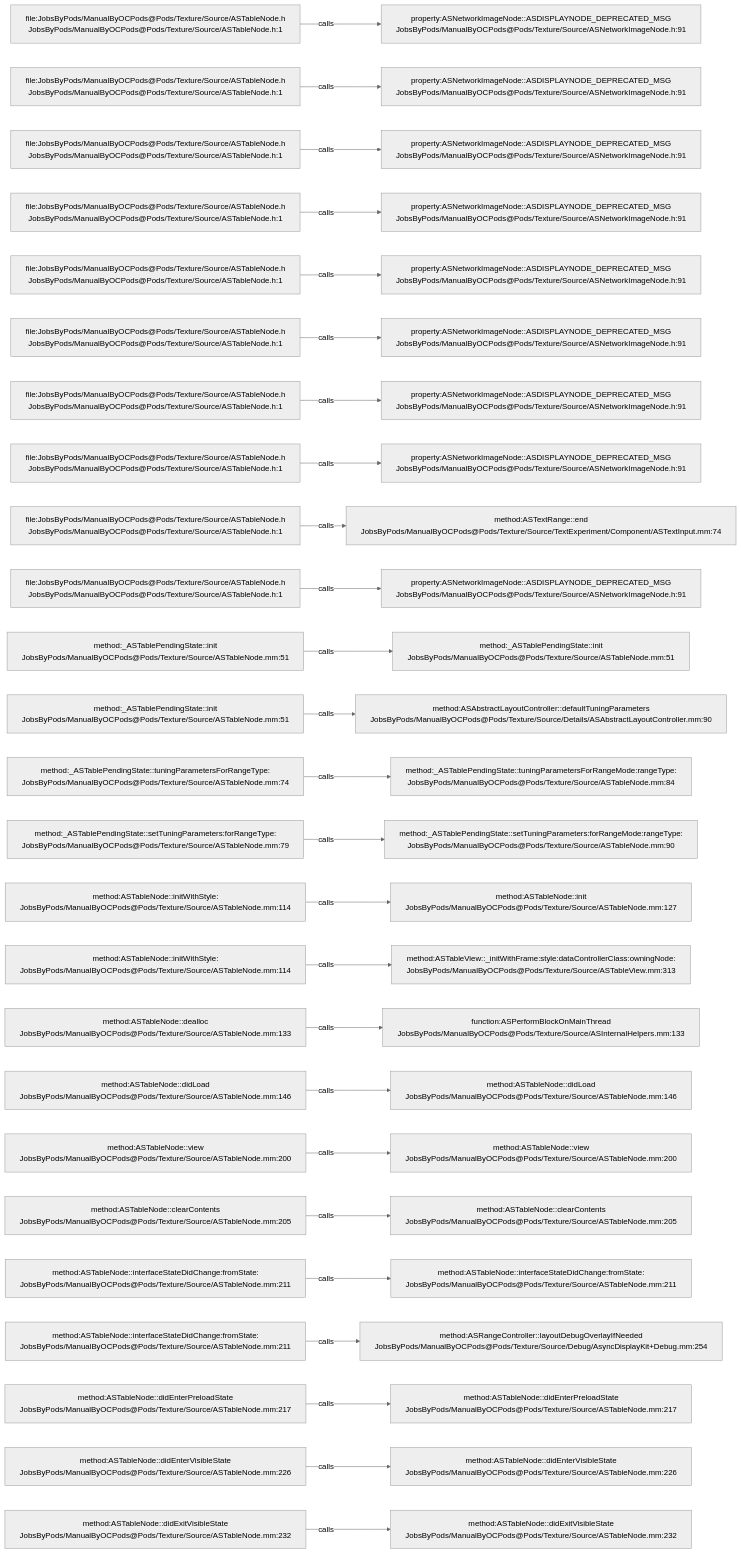
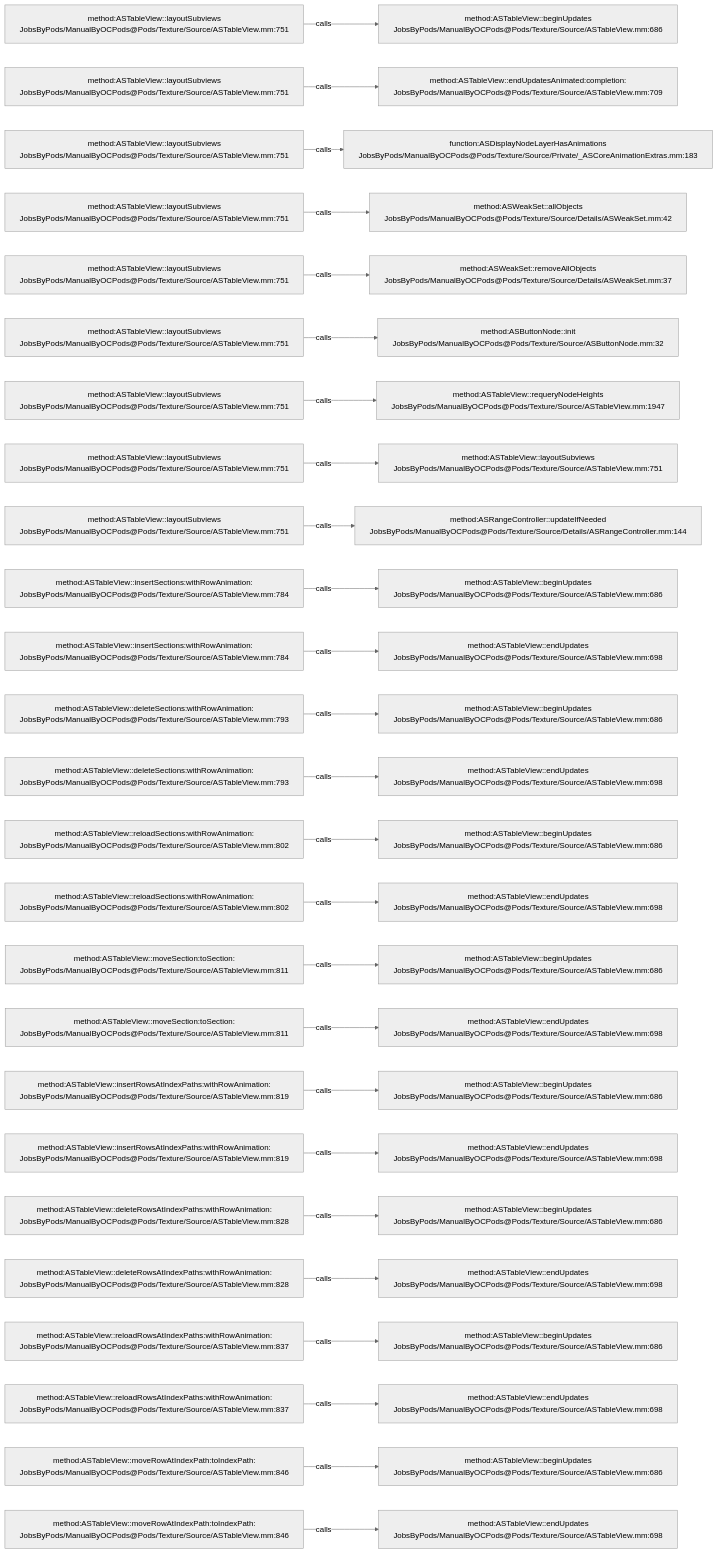
The diagram in .codegraph/codegraph.md/graphs/calls-120.md (JobsKits/JobsOCBaseConfigDemo), drawn with Mermaid (neutral theme) before and after one commit. The commit also changed 1448 other files, not shown here.

````diff
--- a/.codegraph/codegraph.md/graphs/calls-120.md
+++ b/.codegraph/codegraph.md/graphs/calls-120.md
@@ -13,78 +13,78 @@
 ```mermaid
 flowchart LR
-  S1["file:JobsByPods/ManualByOCPods@Pods/Texture/Source/ASTableNode.h<br/>JobsByPods/ManualByOCPods@Pods/Texture/Source/ASTableNode.h:1"]
-  T1["property:ASNetworkImageNode::ASDISPLAYNODE_DEPRECATED_MSG<br/>JobsByPods/ManualByOCPods@Pods/Texture/Source/ASNetworkImageNode.h:91"]
+  S1["method:ASTableView::layoutSubviews<br/>JobsByPods/ManualByOCPods@Pods/Texture/Source/ASTableView.mm:751"]
+  T1["method:ASTableView::beginUpdates<br/>JobsByPods/ManualByOCPods@Pods/Texture/Source/ASTableView.mm:686"]
   S1 -->|calls| T1
-  S2["file:JobsByPods/ManualByOCPods@Pods/Texture/Source/ASTableNode.h<br/>JobsByPods/ManualByOCPods@Pods/Texture/Source/ASTableNode.h:1"]
-  T2["property:ASNetworkImageNode::ASDISPLAYNODE_DEPRECATED_MSG<br/>JobsByPods/ManualByOCPods@Pods/Texture/Source/ASNetworkImageNode.h:91"]
+  S2["method:ASTableView::layoutSubviews<br/>JobsByPods/ManualByOCPods@Pods/Texture/Source/ASTableView.mm:751"]
+  T2["method:ASTableView::endUpdatesAnimated:completion:<br/>JobsByPods/ManualByOCPods@Pods/Texture/Source/ASTableView.mm:709"]
   S2 -->|calls| T2
-  S3["file:JobsByPods/ManualByOCPods@Pods/Texture/Source/ASTableNode.h<br/>JobsByPods/ManualByOCPods@Pods/Texture/Source/ASTableNode.h:1"]
-  T3["property:ASNetworkImageNode::ASDISPLAYNODE_DEPRECATED_MSG<br/>JobsByPods/ManualByOCPods@Pods/Texture/Source/ASNetworkImageNode.h:91"]
+  S3["method:ASTableView::layoutSubviews<br/>JobsByPods/ManualByOCPods@Pods/Texture/Source/ASTableView.mm:751"]
+  T3["function:ASDisplayNodeLayerHasAnimations<br/>JobsByPods/ManualByOCPods@Pods/Texture/Source/Private/_ASCoreAnimationExtras.mm:183"]
   S3 -->|calls| T3
-  S4["file:JobsByPods/ManualByOCPods@Pods/Texture/Source/ASTableNode.h<br/>JobsByPods/ManualByOCPods@Pods/Texture/Source/ASTableNode.h:1"]
-  T4["property:ASNetworkImageNode::ASDISPLAYNODE_DEPRECATED_MSG<br/>JobsByPods/ManualByOCPods@Pods/Texture/Source/ASNetworkImageNode.h:91"]
+  S4["method:ASTableView::layoutSubviews<br/>JobsByPods/ManualByOCPods@Pods/Texture/Source/ASTableView.mm:751"]
+  T4["method:ASWeakSet::allObjects<br/>JobsByPods/ManualByOCPods@Pods/Texture/Source/Details/ASWeakSet.mm:42"]
   S4 -->|calls| T4
-  S5["file:JobsByPods/ManualByOCPods@Pods/Texture/Source/ASTableNode.h<br/>JobsByPods/ManualByOCPods@Pods/Texture/Source/ASTableNode.h:1"]
-  T5["property:ASNetworkImageNode::ASDISPLAYNODE_DEPRECATED_MSG<br/>JobsByPods/ManualByOCPods@Pods/Texture/Source/ASNetworkImageNode.h:91"]
+  S5["method:ASTableView::layoutSubviews<br/>JobsByPods/ManualByOCPods@Pods/Texture/Source/ASTableView.mm:751"]
+  T5["method:ASWeakSet::removeAllObjects<br/>JobsByPods/ManualByOCPods@Pods/Texture/Source/Details/ASWeakSet.mm:37"]
   S5 -->|calls| T5
-  S6["file:JobsByPods/ManualByOCPods@Pods/Texture/Source/ASTableNode.h<br/>JobsByPods/ManualByOCPods@Pods/Texture/Source/ASTableNode.h:1"]
-  T6["property:ASNetworkImageNode::ASDISPLAYNODE_DEPRECATED_MSG<br/>JobsByPods/ManualByOCPods@Pods/Texture/Source/ASNetworkImageNode.h:91"]
+  S6["method:ASTableView::layoutSubviews<br/>JobsByPods/ManualByOCPods@Pods/Texture/Source/ASTableView.mm:751"]
+  T6["method:ASButtonNode::init<br/>JobsByPods/ManualByOCPods@Pods/Texture/Source/ASButtonNode.mm:32"]
   S6 -->|calls| T6
-  S7["file:JobsByPods/ManualByOCPods@Pods/Texture/Source/ASTableNode.h<br/>JobsByPods/ManualByOCPods@Pods/Texture/Source/ASTableNode.h:1"]
-  T7["property:ASNetworkImageNode::ASDISPLAYNODE_DEPRECATED_MSG<br/>JobsByPods/ManualByOCPods@Pods/Texture/Source/ASNetworkImageNode.h:91"]
+  S7["method:ASTableView::layoutSubviews<br/>JobsByPods/ManualByOCPods@Pods/Texture/Source/ASTableView.mm:751"]
+  T7["method:ASTableView::requeryNodeHeights<br/>JobsByPods/ManualByOCPods@Pods/Texture/Source/ASTableView.mm:1947"]
   S7 -->|calls| T7
-  S8["file:JobsByPods/ManualByOCPods@Pods/Texture/Source/ASTableNode.h<br/>JobsByPods/ManualByOCPods@Pods/Texture/Source/ASTableNode.h:1"]
-  T8["property:ASNetworkImageNode::ASDISPLAYNODE_DEPRECATED_MSG<br/>JobsByPods/ManualByOCPods@Pods/Texture/Source/ASNetworkImageNode.h:91"]
+  S8["method:ASTableView::layoutSubviews<br/>JobsByPods/ManualByOCPods@Pods/Texture/Source/ASTableView.mm:751"]
+  T8["method:ASTableView::layoutSubviews<br/>JobsByPods/ManualByOCPods@Pods/Texture/Source/ASTableView.mm:751"]
   S8 -->|calls| T8
-  S9["file:JobsByPods/ManualByOCPods@Pods/Texture/Source/ASTableNode.h<br/>JobsByPods/ManualByOCPods@Pods/Texture/Source/ASTableNode.h:1"]
-  T9["method:ASTextRange::end<br/>JobsByPods/ManualByOCPods@Pods/Texture/Source/TextExperiment/Component/ASTextInput.mm:74"]
+  S9["method:ASTableView::layoutSubviews<br/>JobsByPods/ManualByOCPods@Pods/Texture/Source/ASTableView.mm:751"]
+  T9["method:ASRangeController::updateIfNeeded<br/>JobsByPods/ManualByOCPods@Pods/Texture/Source/Details/ASRangeController.mm:144"]
   S9 -->|calls| T9
-  S10["file:JobsByPods/ManualByOCPods@Pods/Texture/Source/ASTableNode.h<br/>JobsByPods/ManualByOCPods@Pods/Texture/Source/ASTableNode.h:1"]
-  T10["property:ASNetworkImageNode::ASDISPLAYNODE_DEPRECATED_MSG<br/>JobsByPods/ManualByOCPods@Pods/Texture/Source/ASNetworkImageNode.h:91"]
+  S10["method:ASTableView::insertSections:withRowAnimation:<br/>JobsByPods/ManualByOCPods@Pods/Texture/Source/ASTableView.mm:784"]
+  T10["method:ASTableView::beginUpdates<br/>JobsByPods/ManualByOCPods@Pods/Texture/Source/ASTableView.mm:686"]
   S10 -->|calls| T10
-  S11["method:_ASTablePendingState::init<br/>JobsByPods/ManualByOCPods@Pods/Texture/Source/ASTableNode.mm:51"]
-  T11["method:_ASTablePendingState::init<br/>JobsByPods/ManualByOCPods@Pods/Texture/Source/ASTableNode.mm:51"]
+  S11["method:ASTableView::insertSections:withRowAnimation:<br/>JobsByPods/ManualByOCPods@Pods/Texture/Source/ASTableView.mm:784"]
+  T11["method:ASTableView::endUpdates<br/>JobsByPods/ManualByOCPods@Pods/Texture/Source/ASTableView.mm:698"]
   S11 -->|calls| T11
-  S12["method:_ASTablePendingState::init<br/>JobsByPods/ManualByOCPods@Pods/Texture/Source/ASTableNode.mm:51"]
-  T12["method:ASAbstractLayoutController::defaultTuningParameters<br/>JobsByPods/ManualByOCPods@Pods/Texture/Source/Details/ASAbstractLayoutController.mm:90"]
+  S12["method:ASTableView::deleteSections:withRowAnimation:<br/>JobsByPods/ManualByOCPods@Pods/Texture/Source/ASTableView.mm:793"]
+  T12["method:ASTableView::beginUpdates<br/>JobsByPods/ManualByOCPods@Pods/Texture/Source/ASTableView.mm:686"]
   S12 -->|calls| T12
-  S13["method:_ASTablePendingState::tuningParametersForRangeType:<br/>JobsByPods/ManualByOCPods@Pods/Texture/Source/ASTableNode.mm:74"]
-  T13["method:_ASTablePendingState::tuningParametersForRangeMode:rangeType:<br/>JobsByPods/ManualByOCPods@Pods/Texture/Source/ASTableNode.mm:84"]
+  S13["method:ASTableView::deleteSections:withRowAnimation:<br/>JobsByPods/ManualByOCPods@Pods/Texture/Source/ASTableView.mm:793"]
+  T13["method:ASTableView::endUpdates<br/>JobsByPods/ManualByOCPods@Pods/Texture/Source/ASTableView.mm:698"]
   S13 -->|calls| T13
-  S14["method:_ASTablePendingState::setTuningParameters:forRangeType:<br/>JobsByPods/ManualByOCPods@Pods/Texture/Source/ASTableNode.mm:79"]
-  T14["method:_ASTablePendingState::setTuningParameters:forRangeMode:rangeType:<br/>JobsByPods/ManualByOCPods@Pods/Texture/Source/ASTableNode.mm:90"]
+  S14["method:ASTableView::reloadSections:withRowAnimation:<br/>JobsByPods/ManualByOCPods@Pods/Texture/Source/ASTableView.mm:802"]
+  T14["method:ASTableView::beginUpdates<br/>JobsByPods/ManualByOCPods@Pods/Texture/Source/ASTableView.mm:686"]
   S14 -->|calls| T14
-  S15["method:ASTableNode::initWithStyle:<br/>JobsByPods/ManualByOCPods@Pods/Texture/Source/ASTableNode.mm:114"]
-  T15["method:ASTableNode::init<br/>JobsByPods/ManualByOCPods@Pods/Texture/Source/ASTableNode.mm:127"]
+  S15["method:ASTableView::reloadSections:withRowAnimation:<br/>JobsByPods/ManualByOCPods@Pods/Texture/Source/ASTableView.mm:802"]
+  T15["method:ASTableView::endUpdates<br/>JobsByPods/ManualByOCPods@Pods/Texture/Source/ASTableView.mm:698"]
   S15 -->|calls| T15
-  S16["method:ASTableNode::initWithStyle:<br/>JobsByPods/ManualByOCPods@Pods/Texture/Source/ASTableNode.mm:114"]
-  T16["method:ASTableView::_initWithFrame:style:dataControllerClass:owningNode:<br/>JobsByPods/ManualByOCPods@Pods/Texture/Source/ASTableView.mm:313"]
+  S16["method:ASTableView::moveSection:toSection:<br/>JobsByPods/ManualByOCPods@Pods/Texture/Source/ASTableView.mm:811"]
+  T16["method:ASTableView::beginUpdates<br/>JobsByPods/ManualByOCPods@Pods/Texture/Source/ASTableView.mm:686"]
   S16 -->|calls| T16
-  S17["method:ASTableNode::dealloc<br/>JobsByPods/ManualByOCPods@Pods/Texture/Source/ASTableNode.mm:133"]
-  T17["function:ASPerformBlockOnMainThread<br/>JobsByPods/ManualByOCPods@Pods/Texture/Source/ASInternalHelpers.mm:133"]
+  S17["method:ASTableView::moveSection:toSection:<br/>JobsByPods/ManualByOCPods@Pods/Texture/Source/ASTableView.mm:811"]
+  T17["method:ASTableView::endUpdates<br/>JobsByPods/ManualByOCPods@Pods/Texture/Source/ASTableView.mm:698"]
   S17 -->|calls| T17
-  S18["method:ASTableNode::didLoad<br/>JobsByPods/ManualByOCPods@Pods/Texture/Source/ASTableNode.mm:146"]
-  T18["method:ASTableNode::didLoad<br/>JobsByPods/ManualByOCPods@Pods/Texture/Source/ASTableNode.mm:146"]
+  S18["method:ASTableView::insertRowsAtIndexPaths:withRowAnimation:<br/>JobsByPods/ManualByOCPods@Pods/Texture/Source/ASTableView.mm:819"]
+  T18["method:ASTableView::beginUpdates<br/>JobsByPods/ManualByOCPods@Pods/Texture/Source/ASTableView.mm:686"]
   S18 -->|calls| T18
-  S19["method:ASTableNode::view<br/>JobsByPods/ManualByOCPods@Pods/Texture/Source/ASTableNode.mm:200"]
-  T19["method:ASTableNode::view<br/>JobsByPods/ManualByOCPods@Pods/Texture/Source/ASTableNode.mm:200"]
+  S19["method:ASTableView::insertRowsAtIndexPaths:withRowAnimation:<br/>JobsByPods/ManualByOCPods@Pods/Texture/Source/ASTableView.mm:819"]
+  T19["method:ASTableView::endUpdates<br/>JobsByPods/ManualByOCPods@Pods/Texture/Source/ASTableView.mm:698"]
   S19 -->|calls| T19
-  S20["method:ASTableNode::clearContents<br/>JobsByPods/ManualByOCPods@Pods/Texture/Source/ASTableNode.mm:205"]
-  T20["method:ASTableNode::clearContents<br/>JobsByPods/ManualByOCPods@Pods/Texture/Source/ASTableNode.mm:205"]
+  S20["method:ASTableView::deleteRowsAtIndexPaths:withRowAnimation:<br/>JobsByPods/ManualByOCPods@Pods/Texture/Source/ASTableView.mm:828"]
+  T20["method:ASTableView::beginUpdates<br/>JobsByPods/ManualByOCPods@Pods/Texture/Source/ASTableView.mm:686"]
   S20 -->|calls| T20
-  S21["method:ASTableNode::interfaceStateDidChange:fromState:<br/>JobsByPods/ManualByOCPods@Pods/Texture/Source/ASTableNode.mm:211"]
-  T21["method:ASTableNode::interfaceStateDidChange:fromState:<br/>JobsByPods/ManualByOCPods@Pods/Texture/Source/ASTableNode.mm:211"]
+  S21["method:ASTableView::deleteRowsAtIndexPaths:withRowAnimation:<br/>JobsByPods/ManualByOCPods@Pods/Texture/Source/ASTableView.mm:828"]
+  T21["method:ASTableView::endUpdates<br/>JobsByPods/ManualByOCPods@Pods/Texture/Source/ASTableView.mm:698"]
   S21 -->|calls| T21
-  S22["method:ASTableNode::interfaceStateDidChange:fromState:<br/>JobsByPods/ManualByOCPods@Pods/Texture/Source/ASTableNode.mm:211"]
-  T22["method:ASRangeController::layoutDebugOverlayIfNeeded<br/>JobsByPods/ManualByOCPods@Pods/Texture/Source/Debug/AsyncDisplayKit+Debug.mm:254"]
+  S22["method:ASTableView::reloadRowsAtIndexPaths:withRowAnimation:<br/>JobsByPods/ManualByOCPods@Pods/Texture/Source/ASTableView.mm:837"]
+  T22["method:ASTableView::beginUpdates<br/>JobsByPods/ManualByOCPods@Pods/Texture/Source/ASTableView.mm:686"]
   S22 -->|calls| T22
-  S23["method:ASTableNode::didEnterPreloadState<br/>JobsByPods/ManualByOCPods@Pods/Texture/Source/ASTableNode.mm:217"]
-  T23["method:ASTableNode::didEnterPreloadState<br/>JobsByPods/ManualByOCPods@Pods/Texture/Source/ASTableNode.mm:217"]
+  S23["method:ASTableView::reloadRowsAtIndexPaths:withRowAnimation:<br/>JobsByPods/ManualByOCPods@Pods/Texture/Source/ASTableView.mm:837"]
+  T23["method:ASTableView::endUpdates<br/>JobsByPods/ManualByOCPods@Pods/Texture/Source/ASTableView.mm:698"]
   S23 -->|calls| T23
-  S24["method:ASTableNode::didEnterVisibleState<br/>JobsByPods/ManualByOCPods@Pods/Texture/Source/ASTableNode.mm:226"]
-  T24["method:ASTableNode::didEnterVisibleState<br/>JobsByPods/ManualByOCPods@Pods/Texture/Source/ASTableNode.mm:226"]
+  S24["method:ASTableView::moveRowAtIndexPath:toIndexPath:<br/>JobsByPods/ManualByOCPods@Pods/Texture/Source/ASTableView.mm:846"]
+  T24["method:ASTableView::beginUpdates<br/>JobsByPods/ManualByOCPods@Pods/Texture/Source/ASTableView.mm:686"]
   S24 -->|calls| T24
-  S25["method:ASTableNode::didExitVisibleState<br/>JobsByPods/ManualByOCPods@Pods/Texture/Source/ASTableNode.mm:232"]
-  T25["method:ASTableNode::didExitVisibleState<br/>JobsByPods/ManualByOCPods@Pods/Texture/Source/ASTableNode.mm:232"]
+  S25["method:ASTableView::moveRowAtIndexPath:toIndexPath:<br/>JobsByPods/ManualByOCPods@Pods/Texture/Source/ASTableView.mm:846"]
+  T25["method:ASTableView::endUpdates<br/>JobsByPods/ManualByOCPods@Pods/Texture/Source/ASTableView.mm:698"]
   S25 -->|calls| T25
 ```
````
